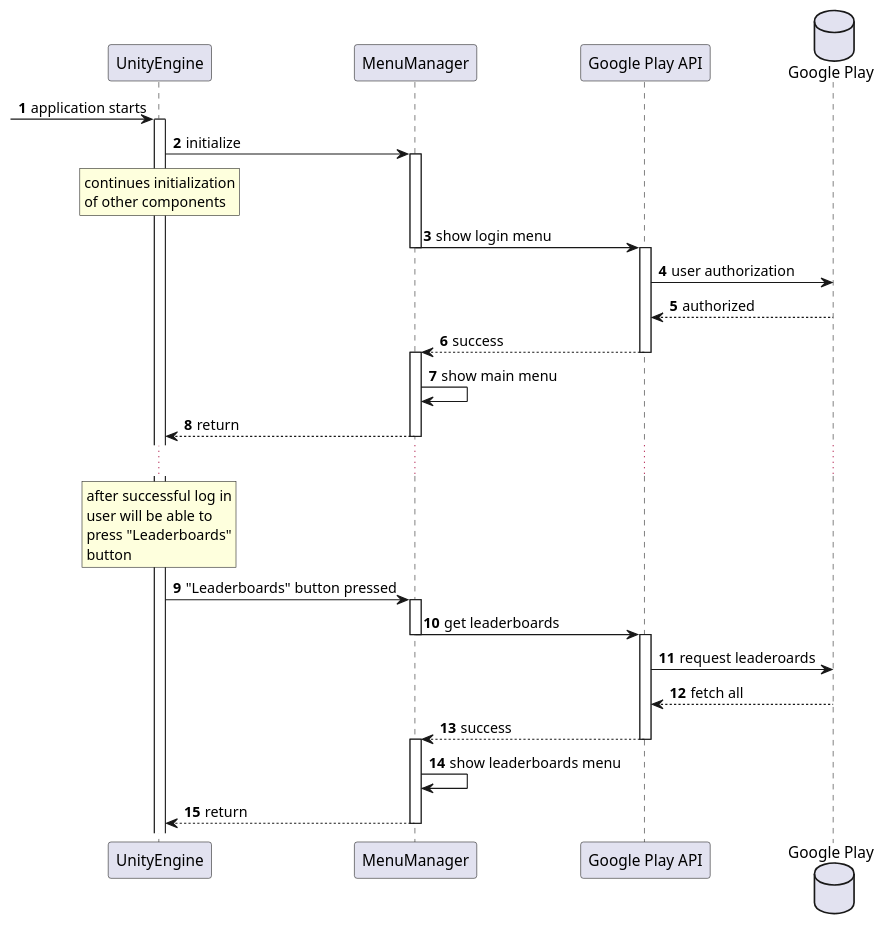
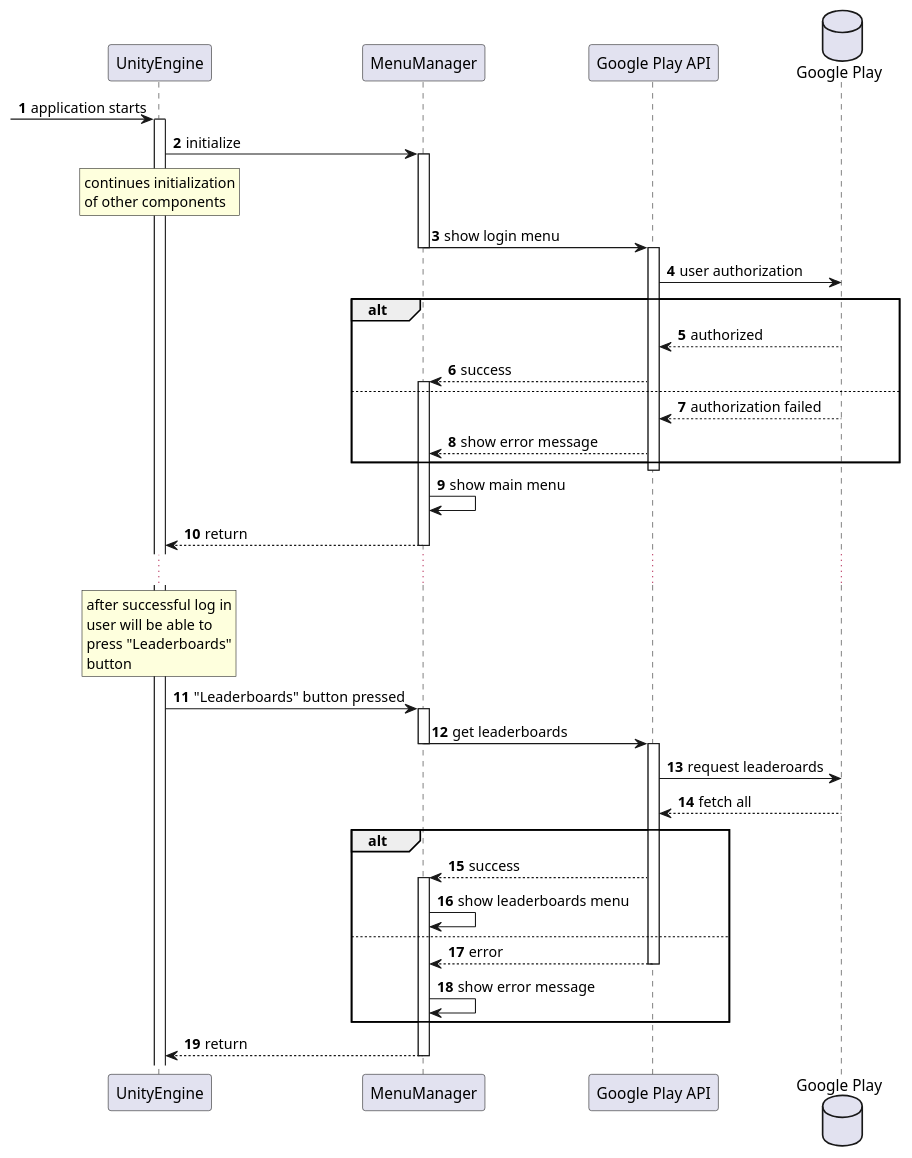
Before and after one commit to CKTA00/Robbery_Rush_UML: the diagram in UML/leaderboards_sequence_diagram.puml, drawn with PlantUML.

Commit message:
updated leaderboards seq

```diff
--- a/UML/leaderboards_sequence_diagram.puml
+++ b/UML/leaderboards_sequence_diagram.puml
@@ -1,34 +1,50 @@
 @startuml
 'https://plantuml.com/sequence-diagram
 
 autonumber
 
 ?-> UnityEngine ++: application starts
 
 UnityEngine -> MenuManager ++: initialize
 rnote over UnityEngine: continues initialization\nof other components
 MenuManager -> "Google Play API" --++: show login menu
 database "Google Play"
 "Google Play API" -> "Google Play": user authorization
-"Google Play" --> "Google Play API": authorized
-"Google Play API" --> MenuManager  --++: success
+
+group alt
+    "Google Play" --> "Google Play API": authorized
+    "Google Play API" --> MenuManager  : success
+    activate MenuManager
+    else
+    "Google Play" --> "Google Play API" : authorization failed
+    "Google Play API" --> MenuManager  : show error message
+end
+deactivate "Google Play API"
 MenuManager -> MenuManager: show main menu
 MenuManager --> UnityEngine --: return
 
 ...
 
 rnote over UnityEngine: after successful log in\nuser will be able to\npress "Leaderboards"\nbutton
 
 UnityEngine -> MenuManager++: "Leaderboards" button pressed
 MenuManager -> "Google Play API" --++: get leaderboards
 "Google Play API" -> "Google Play": request leaderoards
 "Google Play" --> "Google Play API": fetch all
-"Google Play API" --> MenuManager  --++:success
-MenuManager -> MenuManager: show leaderboards menu
-MenuManager --> UnityEngine --: return
+group alt
+    "Google Play API" --> MenuManager  :success
+    activate MenuManager
+    MenuManager -> MenuManager: show leaderboards menu
+    else
+    "Google Play API" --> MenuManager  :error
+    deactivate "Google Play API"
+    MenuManager -> MenuManager : show error message
+
+end
+    MenuManager --> UnityEngine --: return
 
 
 
 
 
 @enduml
```
